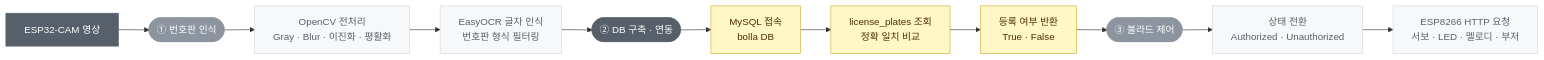
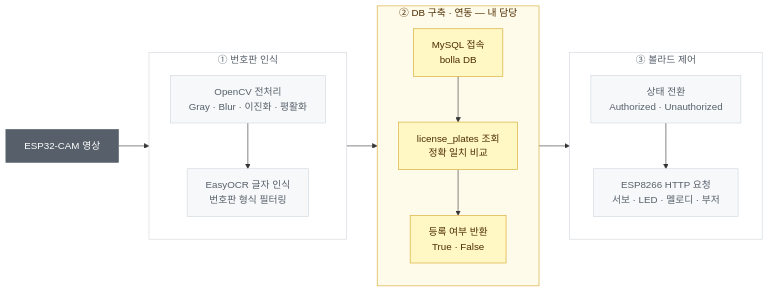
One commit to YOOBIN-AN/smart-bollard changed the first of 2 diagrams in README.md. Above: the diagram before and after it, drawn with Mermaid. The commit also changed other lines of this file, not shown here.

````diff
--- a/README.md
+++ b/README.md
@@ -27,18 +29,31 @@
 ```mermaid
 flowchart LR
     CAM[ESP32-CAM 영상]
-    CAM --> P1(["① 번호판 인식"]) --> A1[OpenCV 전처리<br>Gray · Blur · 이진화 · 평활화] --> A2[EasyOCR 글자 인식<br>번호판 형식 필터링]
-    A2 --> P2(["② DB 구축 · 연동"]) --> B1[MySQL 접속<br>bolla DB] --> B2[license_plates 조회<br>정확 일치 비교] --> B3[등록 여부 반환<br>True · False]
-    B3 --> P3(["③ 볼라드 제어"]) --> C1[상태 전환<br>Authorized · Unauthorized] --> C2[ESP8266 HTTP 요청<br>서보 · LED · 멜로디 · 부저]
+
+    subgraph S1["① 번호판 인식"]
+        direction TB
+        A1[OpenCV 전처리<br>Gray · Blur · 이진화 · 평활화] --> A2[EasyOCR 글자 인식<br>번호판 형식 필터링]
+    end
+
+    subgraph S2["② DB 구축 · 연동 — 내 담당"]
+        direction TB
+        B1[MySQL 접속<br>bolla DB] --> B2[license_plates 조회<br>정확 일치 비교] --> B3[등록 여부 반환<br>True · False]
+    end
+
+    subgraph S3["③ 볼라드 제어"]
+        direction TB
+        C1[상태 전환<br>Authorized · Unauthorized] --> C2[ESP8266 HTTP 요청<br>서보 · LED · 멜로디 · 부저]
+    end
+
+    CAM --> S1 --> S2 --> S3
 
     classDef io fill:#57606a,stroke:#57606a,color:#fff
     classDef cls fill:#f6f8fa,stroke:#d0d7de,color:#57606a
     classDef hack fill:#fff8c5,stroke:#d4a72c,color:#4d2d00
-    classDef lbl1 fill:#8c959f,stroke:#8c959f,color:#fff
-    classDef lbl2 fill:#57606a,stroke:#57606a,color:#fff
     class CAM io
     class A1,A2,C1,C2 cls
     class B1,B2,B3 hack
-    class P1,P3 lbl1
-    class P2 lbl2
+    style S1 fill:#ffffff,stroke:#d0d7de,color:#57606a
+    style S2 fill:#fffbea,stroke:#d4a72c,color:#4d2d00
+    style S3 fill:#ffffff,stroke:#d0d7de,color:#57606a
 ```
````
